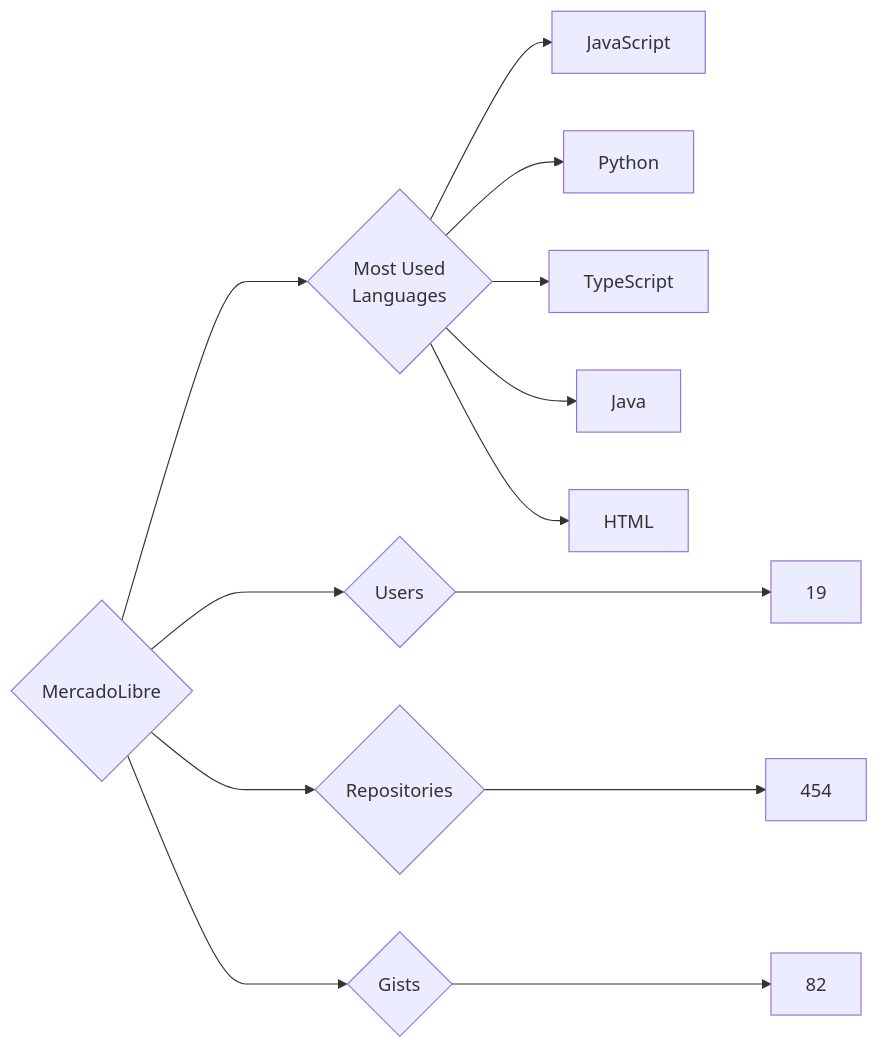
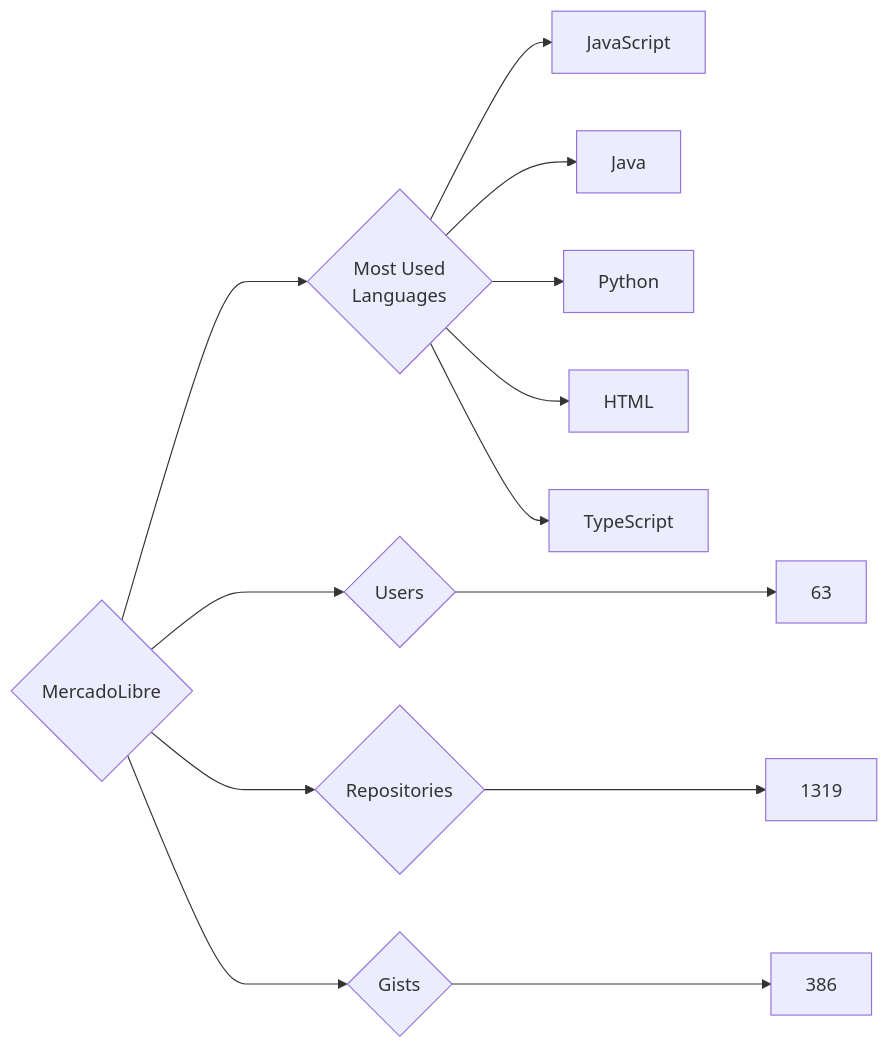
One commit to trickest/insiders changed the diagram in targets/MercadoLibre/README.md. Above: the diagram before and after it, drawn with Mermaid. The commit also changed 1479 other files, not shown here.

````diff
--- a/targets/MercadoLibre/README.md
+++ b/targets/MercadoLibre/README.md
@@ -3,13 +3,13 @@
 ```mermaid
 graph LR
 COMPANY_NAME{MercadoLibre}
-COMPANY_NAME ---> U{Users} ---> UN[19]
-COMPANY_NAME ---> R{Repositories} ---> RN[454]
-COMPANY_NAME ---> G{Gists} ---> GN[82]
+COMPANY_NAME ---> U{Users} ---> UN[63]
+COMPANY_NAME ---> R{Repositories} ---> RN[1319]
+COMPANY_NAME ---> G{Gists} ---> GN[386]
 COMPANY_NAME ---> ML{Most Used<br>Languages}
 ML --> JavaScript[JavaScript]
+ML --> Java[Java]
 ML --> Python[Python]
+ML --> HTML[HTML]
 ML --> TypeScript[TypeScript]
-ML --> Java[Java]
-ML --> HTML[HTML]
 ```
````
